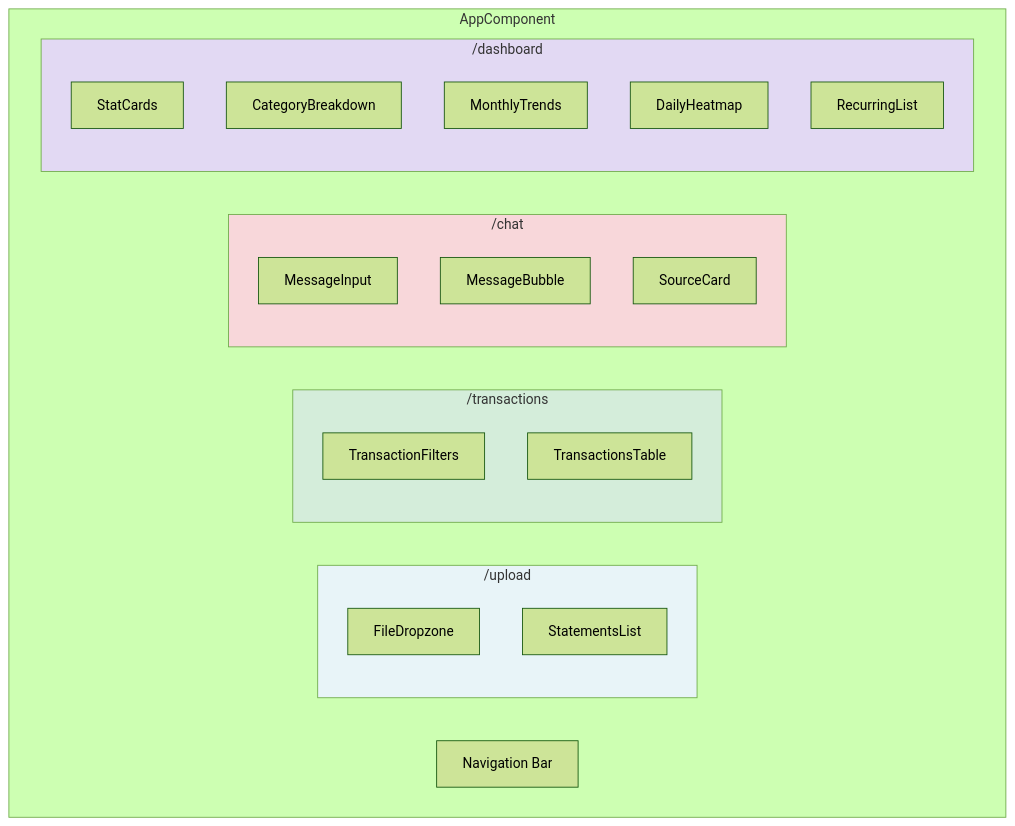
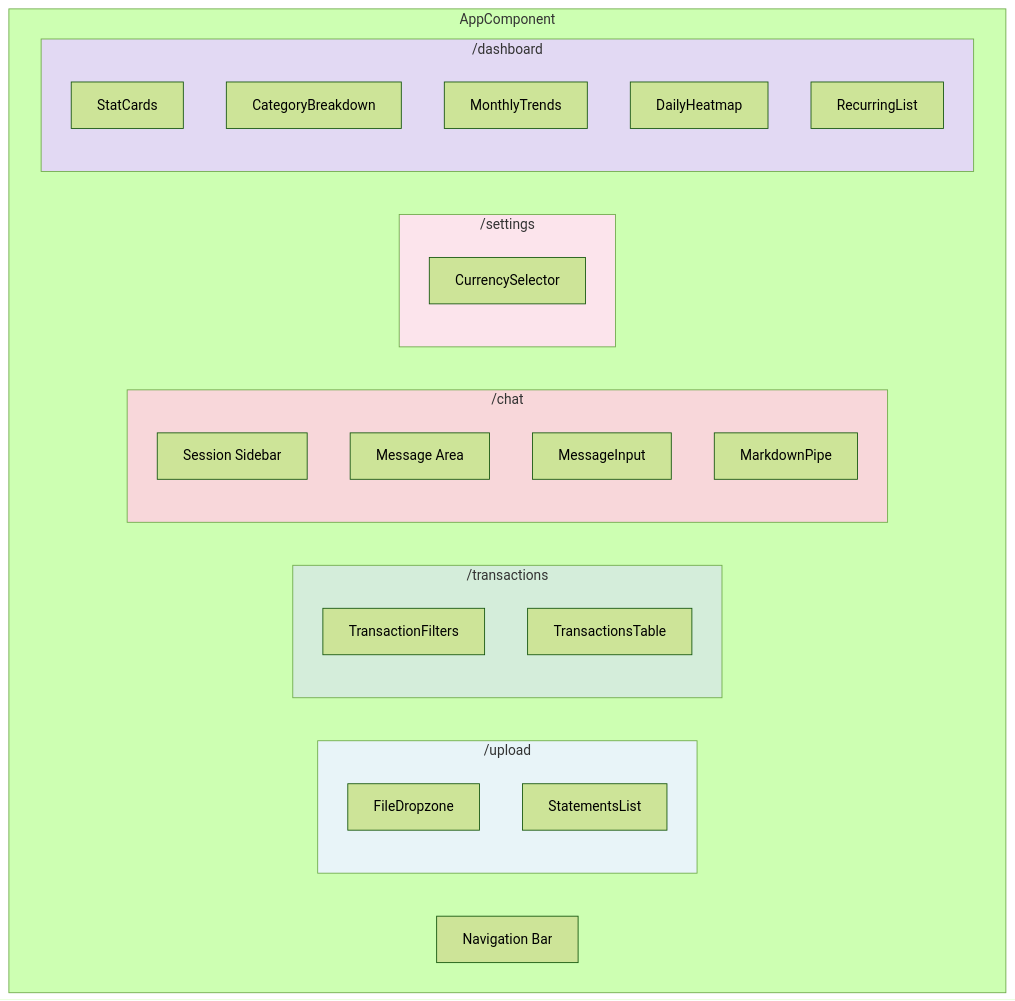
Before and after one commit to darth-dodo/ledger: the sixth of 7 diagrams in docs/architecture.md, drawn with Mermaid (forest theme). The commit also changed other lines of this file and 72 other files, not shown here.

````diff
--- a/docs/architecture.md
+++ b/docs/architecture.md
@@ -326,35 +414,41 @@
 ```mermaid
 graph TD
     subgraph AppComponent
         NAV[Navigation Bar]
 
         subgraph UploadPage ["/upload"]
             DZ[FileDropzone]
             SL[StatementsList]
         end
 
         subgraph TransactionsPage ["/transactions"]
             TF[TransactionFilters]
             TT2[TransactionsTable]
         end
 
         subgraph ChatPage ["/chat"]
+            SB[Session Sidebar]
+            MA[Message Area]
             MI[MessageInput]
-            MB[MessageBubble]
-            SC[SourceCard]
+            MD[MarkdownPipe]
+        end
+
+        subgraph SettingsPage ["/settings"]
+            CS[CurrencySelector]
         end
 
         subgraph DashboardPage ["/dashboard"]
             STAT[StatCards]
             CAT[CategoryBreakdown]
             MTR[MonthlyTrends]
             HM[DailyHeatmap]
             REC[RecurringList]
         end
     end
 
     style UploadPage fill:#e8f4f8
     style TransactionsPage fill:#d4edda
     style ChatPage fill:#f8d7da
+    style SettingsPage fill:#fce4ec
     style DashboardPage fill:#e2d9f3
 ```
````
